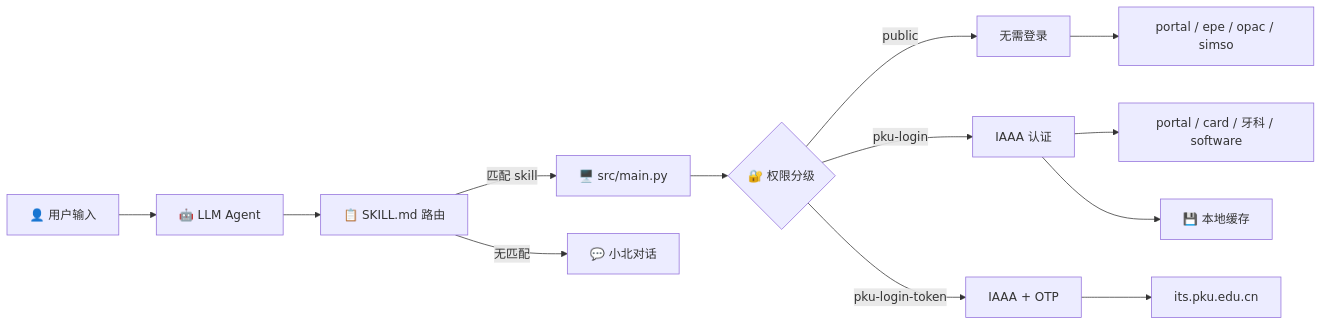
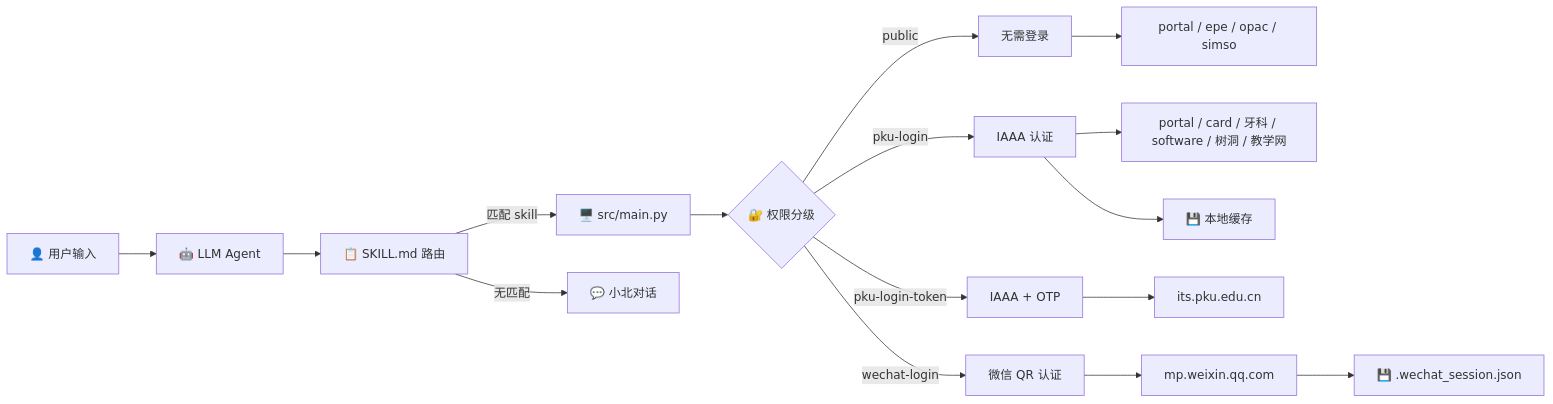
The first of 3 diagrams in README.md (zizhizhou/pku_skills), drawn with Mermaid before and after one commit. The commit also changed other lines of this file and 9 other files, not shown here.

````diff
--- a/README.md
+++ b/README.md
@@ -88,18 +97,21 @@
 ```mermaid
 graph LR
     User["👤 用户输入"] --> Agent["🤖 LLM Agent"]
     Agent --> SKILL["📋 SKILL.md 路由"]
 
     SKILL --> |"匹配 skill"| CLI["🖥️ src/main.py"]
     SKILL --> |"无匹配"| Xiaobei["💬 小北对话"]
 
     CLI --> Auth{"🔐 权限分级"}
     Auth --> |"public"| Public["无需登录"]
     Auth --> |"pku-login"| Session["IAAA 认证"]
     Auth --> |"pku-login-token"| OTP["IAAA + OTP"]
+    Auth --> |"wechat-login"| Wechat["微信 QR 认证"]
 
     Public --> PKUPublic["portal / epe / opac / simso"]
-    Session --> PKUPortal["portal / card / 牙科 / software"]
+    Session --> PKUPortal["portal / card / 牙科 / software / 树洞 / 教学网"]
     OTP --> PKUNet["its.pku.edu.cn"]
     Session --> Cache["💾 本地缓存"]
+    Wechat --> MP["mp.weixin.qq.com"]
+    MP --> WCache["💾 .wechat_session.json"]
 ```
````
